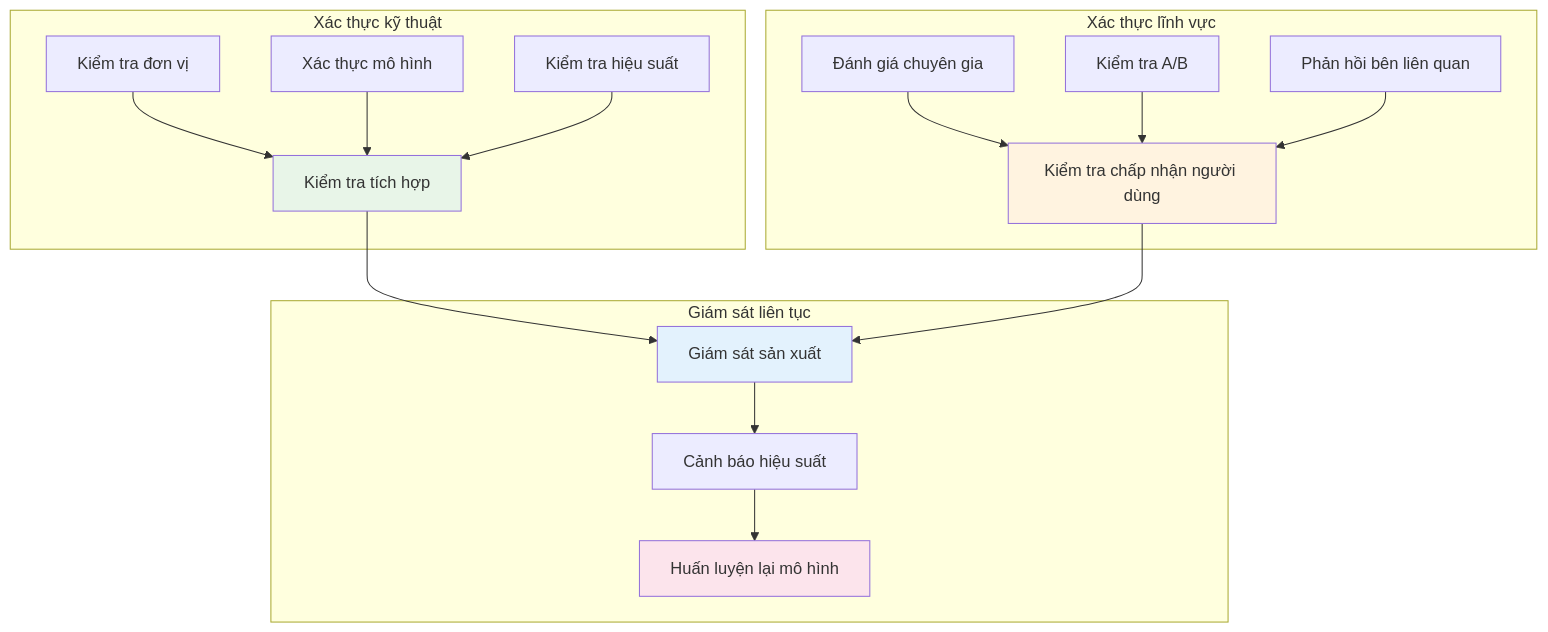
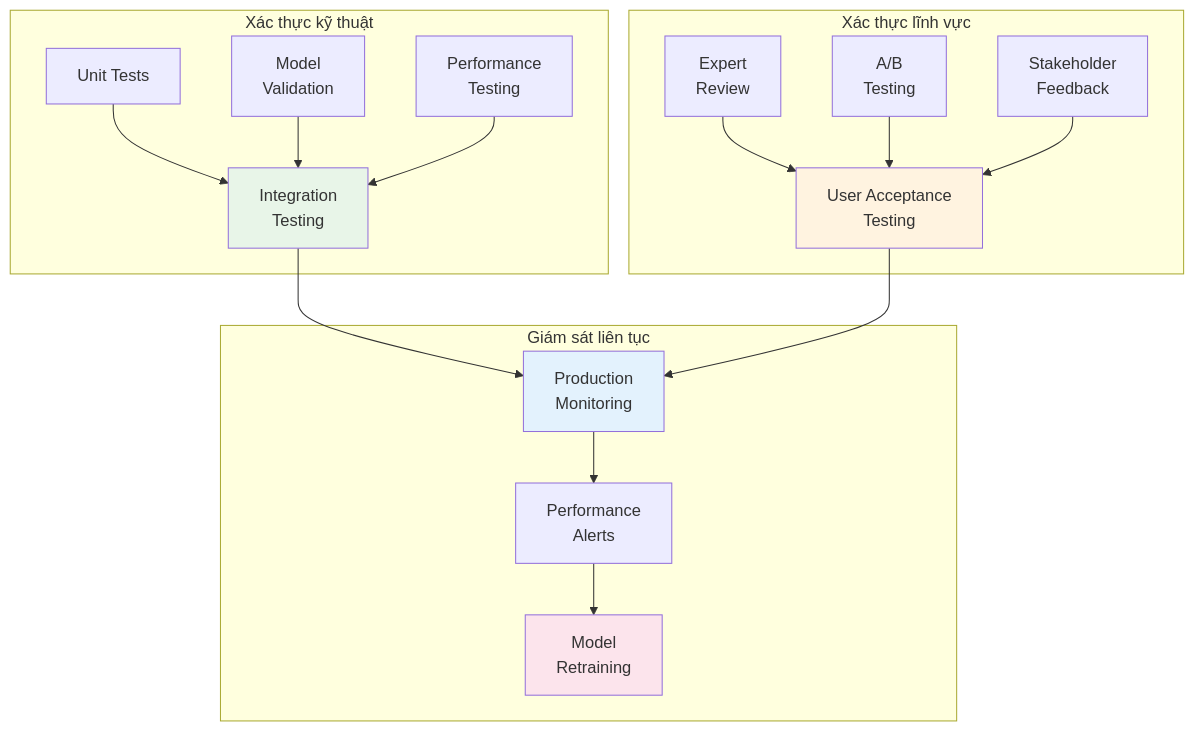
The eighth of 10 diagrams in docs/Phan_Tich_Tong_Quat/PhanTichBaiToan_AIThinking_ChuanHoa.MD (UIT-June-2025-Nhom-8/Project_AI_Thinking), drawn with Mermaid before and after one commit. The commit also changed other lines of this file and 1 other file, not shown here.

Commit message:
update chart

````diff
--- a/docs/Phan_Tich_Tong_Quat/PhanTichBaiToan_AIThinking_ChuanHoa.MD
+++ b/docs/Phan_Tich_Tong_Quat/PhanTichBaiToan_AIThinking_ChuanHoa.MD
@@ -327,26 +404,26 @@
 ```mermaid
 graph TD
     subgraph "Xác thực kỹ thuật"
-        A[Kiểm tra đơn vị] --> E[Kiểm tra tích hợp]
-        B[Xác thực mô hình] --> E
-        C[Kiểm tra hiệu suất] --> E
+        A[Unit Tests] --> E[Integration<br/>Testing]
+        B[Model<br/>Validation] --> E
+        C[Performance<br/>Testing] --> E
     end
     
     subgraph "Xác thực lĩnh vực"
-        D[Đánh giá chuyên gia] --> F[Kiểm tra chấp nhận người dùng]
-        G[Kiểm tra A/B] --> F
-        H[Phản hồi bên liên quan] --> F
+        D[Expert<br/>Review] --> F[User Acceptance<br/>Testing]
+        G[A/B<br/>Testing] --> F
+        H[Stakeholder<br/>Feedback] --> F
     end
     
     subgraph "Giám sát liên tục"
-        E --> I[Giám sát sản xuất]
+        E --> I[Production<br/>Monitoring]
         F --> I
-        I --> J[Cảnh báo hiệu suất]
-        J --> K[Huấn luyện lại mô hình]
+        I --> J[Performance<br/>Alerts]
+        J --> K[Model<br/>Retraining]
     end
     
     style E fill:#e8f5e8
     style F fill:#fff3e0
     style I fill:#e3f2fd
     style K fill:#fce4ec
 ```
````
